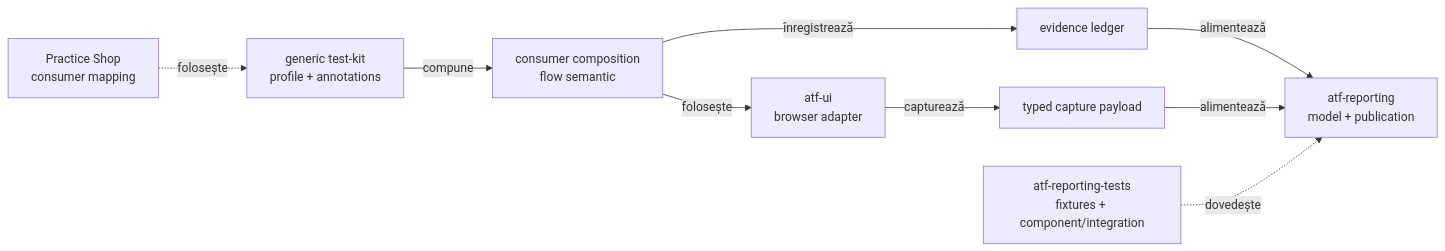
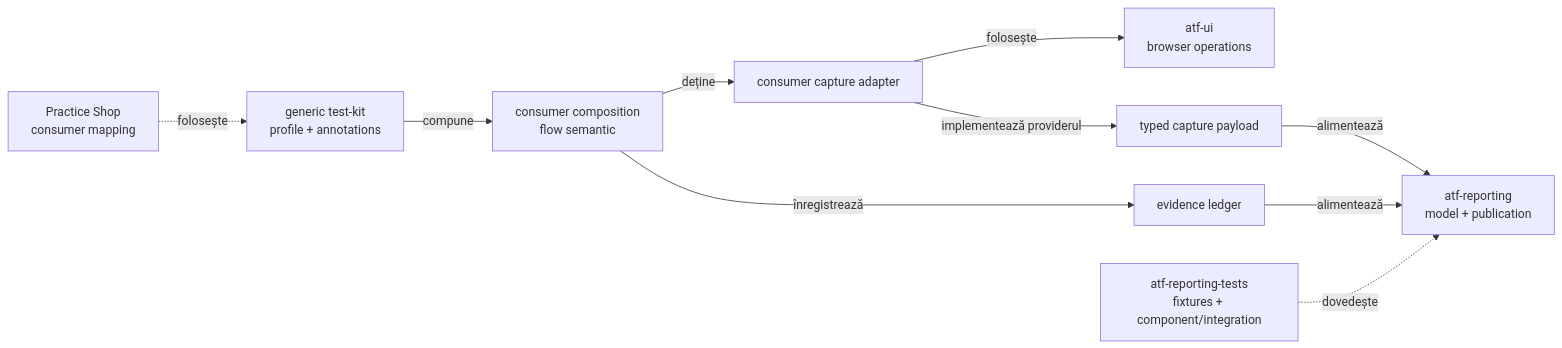
One commit to crististefanita/demo2 changed the second of 3 diagrams in docs/ATF_Evidence_Capture_Contract.md. Above: the diagram before and after it, drawn with Mermaid. The commit also changed other lines of this file and 69 other files, not shown here.

````diff
--- a/docs/ATF_Evidence_Capture_Contract.md
+++ b/docs/ATF_Evidence_Capture_Contract.md
@@ -82,11 +88,12 @@
 ```mermaid
 flowchart LR
     TestKit[generic test-kit<br/>profile + annotations] -->|compune| Consumer[consumer composition<br/>flow semantic]
-    Consumer -->|folosește| Ui[atf-ui<br/>browser adapter]
+    Consumer -->|deține| Adapter[consumer capture adapter]
+    Adapter -->|folosește| Ui[atf-ui<br/>browser operations]
     Consumer -->|înregistrează| Ledger[evidence ledger]
-    Ui -->|capturează| Capture[typed capture payload]
+    Adapter -->|implementează providerul| Capture[typed capture payload]
     Ledger -->|alimentează| Reporting[atf-reporting<br/>model + publication]
     Capture -->|alimentează| Reporting
     ReportingTests[atf-reporting-tests<br/>fixtures + component/integration] -. dovedește .-> Reporting
     PracticeShop[Practice Shop<br/>consumer mapping] -. folosește .-> TestKit
 ```
````
